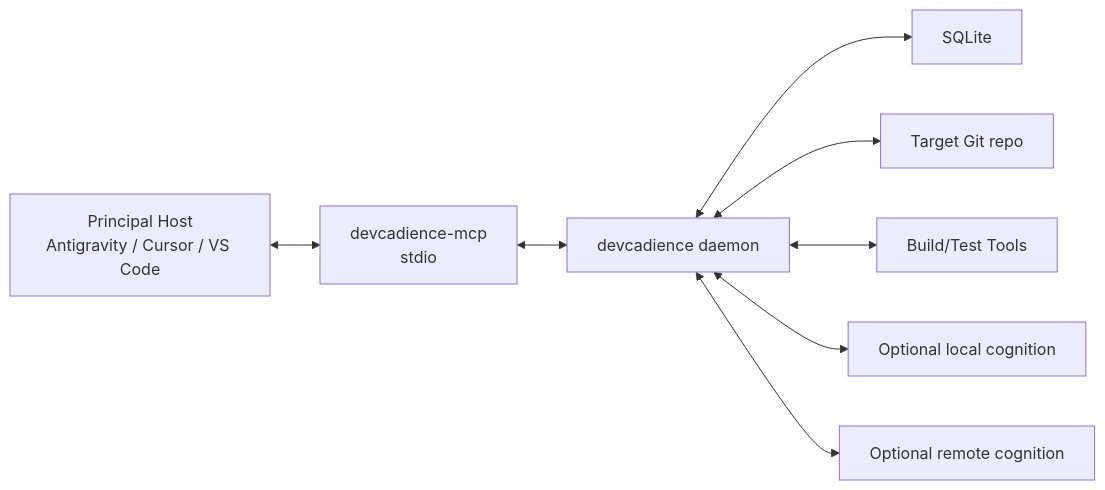
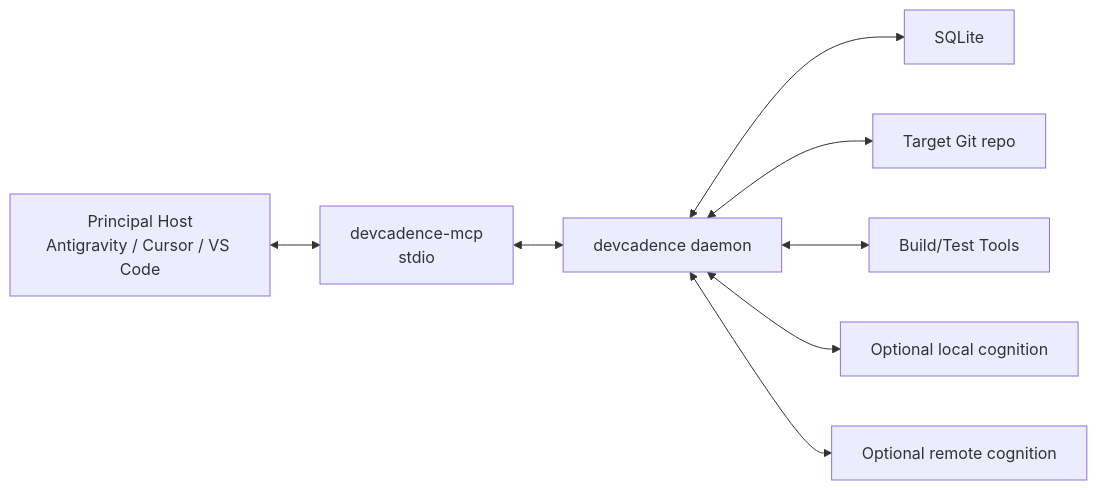
Before and after one commit to olostan/DevCadence: diagram 13 of 13 in docs/ARCHITECTURE.md, drawn with Mermaid. The commit also changed other lines of this file and 207 other files, not shown here.

````diff
--- a/docs/ARCHITECTURE.md
+++ b/docs/ARCHITECTURE.md
@@ -582,19 +582,19 @@
 ```mermaid
 flowchart LR
     Host["Principal Host<br/>Antigravity / Cursor / VS Code"]
-    MCP["devcadience-mcp<br/>stdio"]
-    D["devcadience daemon"]
+    MCP["devcadence-mcp<br/>stdio"]
+    D["devcadence daemon"]
     DB["SQLite"]
     Repo["Target Git repo"]
     Tools["Build/Test Tools"]
     Local["Optional local cognition"]
     Remote["Optional remote cognition"]
 
     Host <--> MCP
     MCP <--> D
     D <--> DB
     D <--> Repo
     D <--> Tools
     D <--> Local
     D <--> Remote
 ```
````
